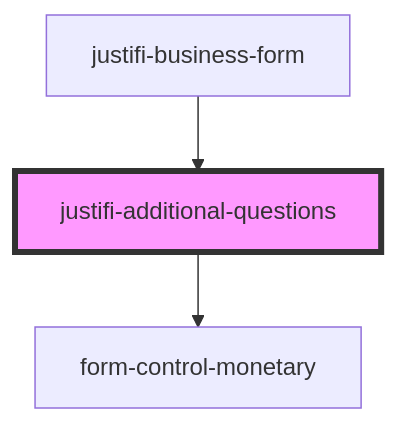
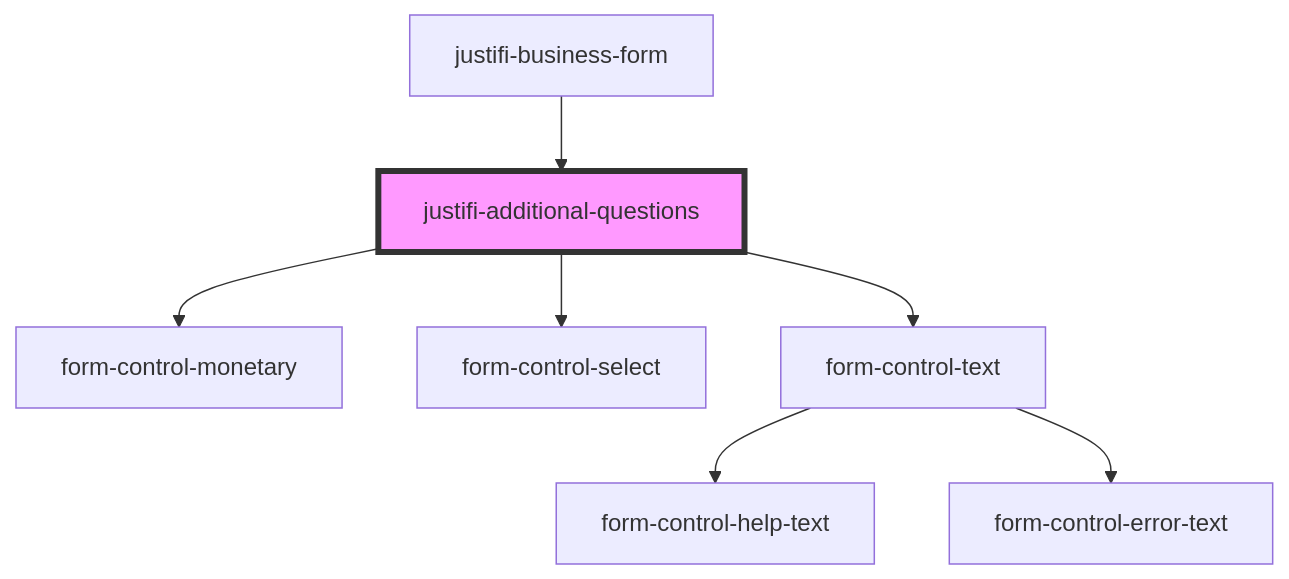
One commit to justifi-tech/web-component-library changed the diagram in packages/webcomponents/src/components/business-forms/business-form/additional-questions/readme.md. Above: the diagram before and after it, drawn with Mermaid. The commit also changed other lines of this file and 32 other files, not shown here.

````diff
--- a/packages/webcomponents/src/components/business-forms/business-form/additional-questions/readme.md
+++ b/packages/webcomponents/src/components/business-forms/business-form/additional-questions/readme.md
@@ -26,6 +28,10 @@
 ```mermaid
 graph TD;
   justifi-additional-questions --> form-control-monetary
+  justifi-additional-questions --> form-control-select
+  justifi-additional-questions --> form-control-text
+  form-control-text --> form-control-help-text
+  form-control-text --> form-control-error-text
   justifi-business-form --> justifi-additional-questions
   style justifi-additional-questions fill:#f9f,stroke:#333,stroke-width:4px
 ```
````
